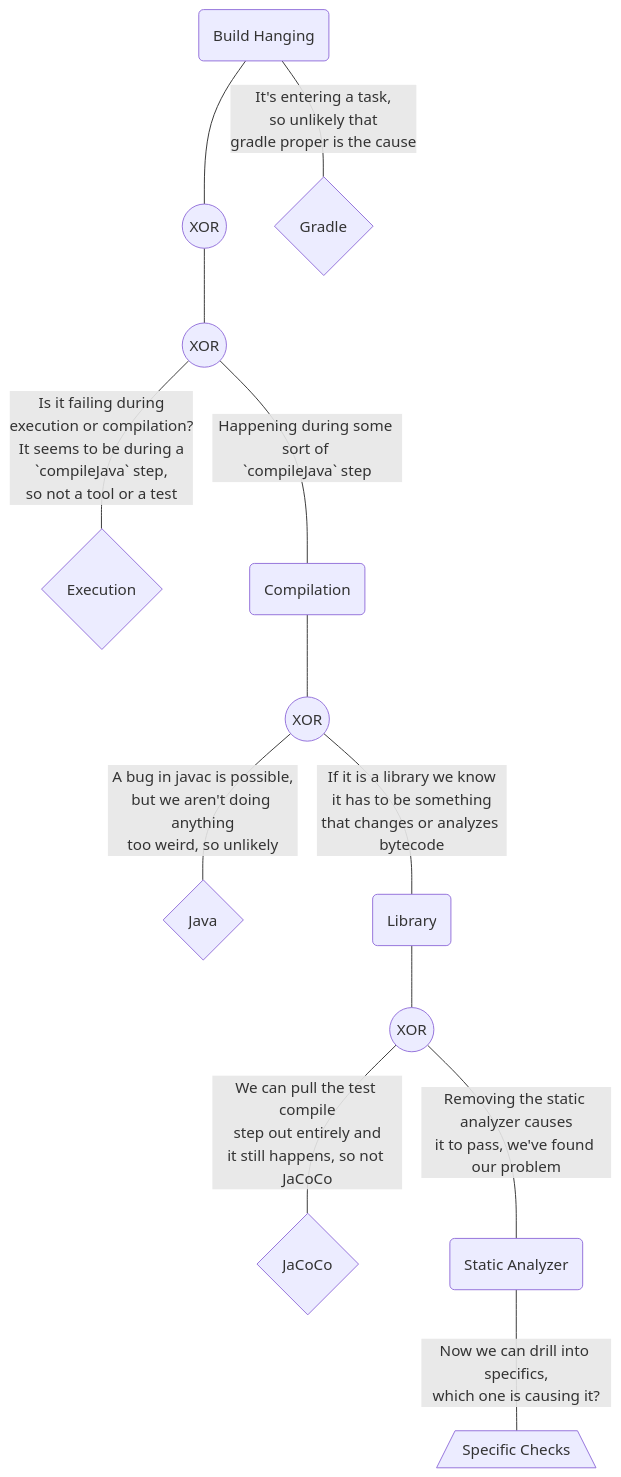
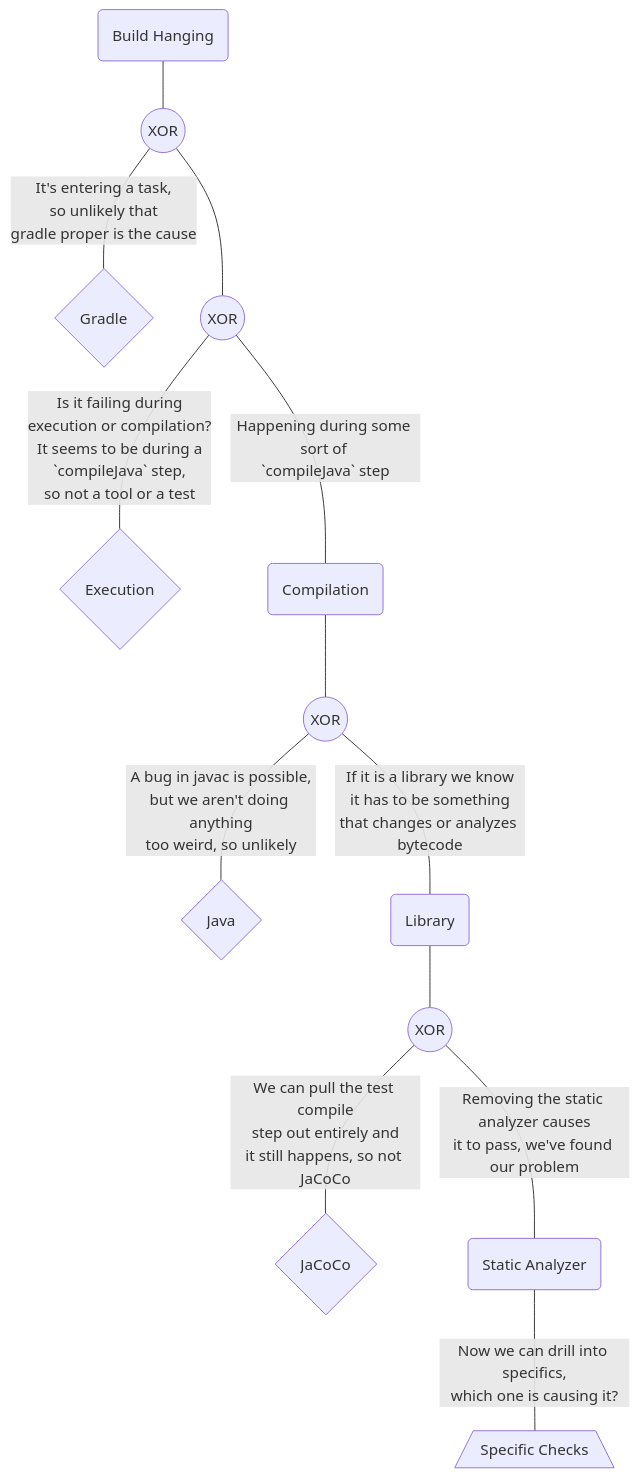
The first of 3 diagrams in docs/_posts/2022-04-13-debugging-via-ruleouts.md (dclements/dclements.github.io), drawn with Mermaid before and after one commit. The commit also changed other lines of this file, not shown here.

Commit message:
Minor update to a graph and a small wording change.

````diff
--- a/docs/_posts/2022-04-13-debugging-via-ruleouts.md
+++ b/docs/_posts/2022-04-13-debugging-via-ruleouts.md
@@ -46,43 +46,43 @@
 ```mermaid!
 flowchart TD
   hanging(Build Hanging)
   xor1((XOR))
   gradle{Gradle}
   xor2((XOR))
 
-  hanging --- |It's entering a task,\nso unlikely that\ngradle proper is the cause| gradle
   hanging --- xor1
 
+  xor1 --- |It's entering a task,\nso unlikely that\ngradle proper is the cause| gradle
   xor1 --- xor2
 
   execution{Execution}
   compilation(Compilation)
 
   xor2 --- |Is it failing during \nexecution or compilation? \n It seems to be during a\n`compileJava` step, \nso not a tool or a test| execution
   xor2 --- |Happening during some sort of \n`compileJava` step| compilation
 
   xor3((XOR))
 
   compilation --- xor3
   
   java{Java}
   library(Library)
 
   xor3 --- |A bug in javac is possible,\nbut we aren't doing anything\ntoo weird, so unlikely| java
   xor3 --- |If it is a library we know\nit has to be something\nthat changes or analyzes bytecode| library
 
   xor4((XOR))
 
   library --- xor4
 
   jacoco{JaCoCo}
   static(Static Analyzer)
 
   xor4 --- |We can pull the test compile\nstep out entirely and\nit still happens, so not JaCoCo| jacoco
   xor4 --- |Removing the static analyzer causes\nit to pass, we've found our problem| static
 
   analyzers[/Specific Checks\]
 
   static --- |Now we can drill into specifics,\nwhich one is causing it?| analyzers
   
 ```
````
